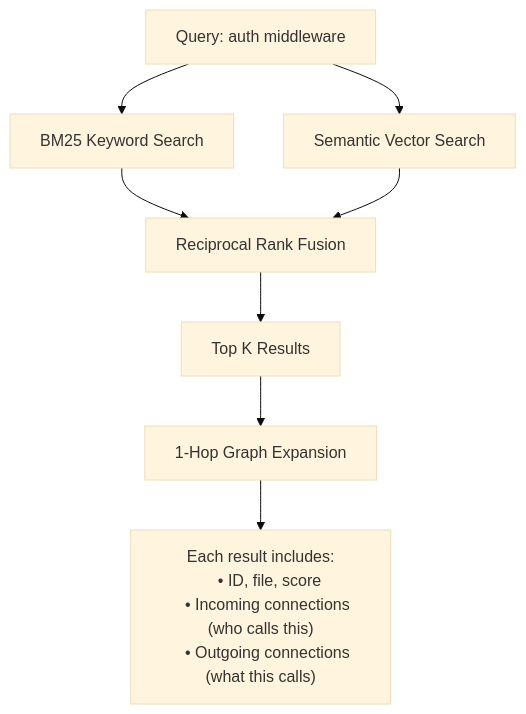
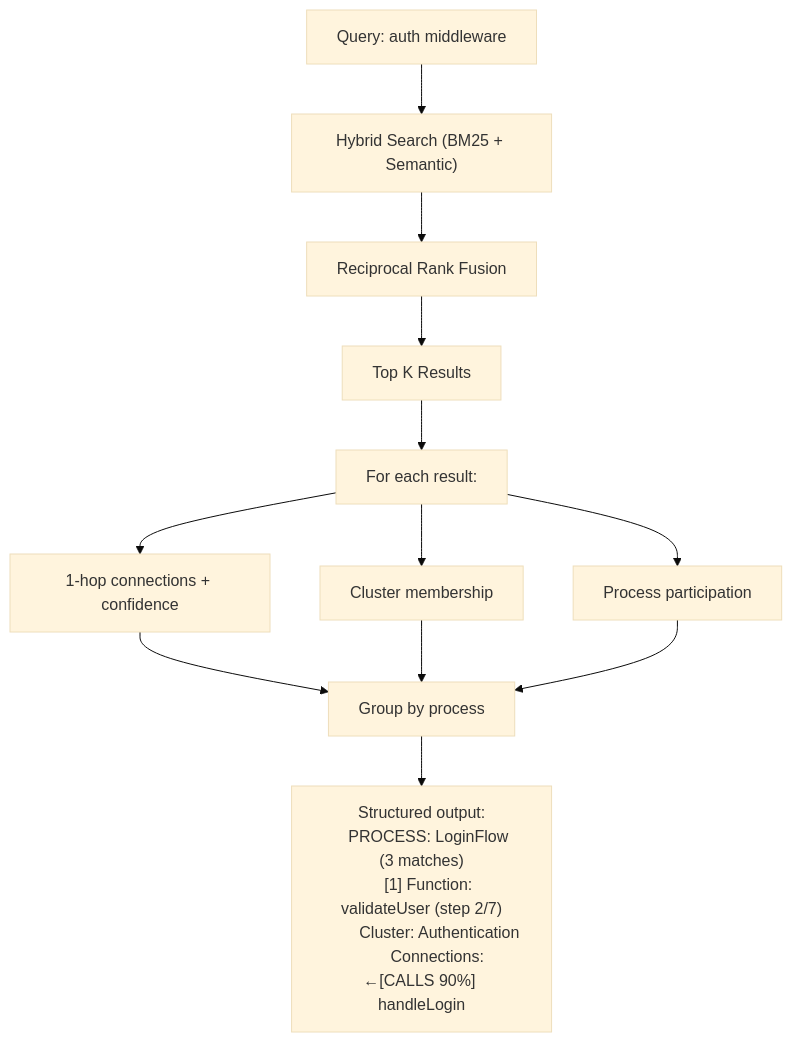
One commit to OliverNyx/NexusAI changed the seventh of 7 diagrams in README.md. Above: the diagram before and after it, drawn with Mermaid (base theme). The commit also changed other lines of this file and 3 other files, not shown here.

````diff
--- a/README.md
+++ b/README.md
@@ -212,16 +303,18 @@
 ```mermaid
 flowchart TD
-    Q[Query: auth middleware] --> BM25[BM25 Keyword Search]
-    Q --> SEM[Semantic Vector Search]
+    Q["Query: auth middleware"] --> HYBRID["Hybrid Search (BM25 + Semantic)"]
+    HYBRID --> RRF["Reciprocal Rank Fusion"]
+    RRF --> TOP["Top K Results"]
     
-    BM25 --> RRF[Reciprocal Rank Fusion]
-    SEM --> RRF
+    TOP --> ENRICH["For each result:"]
+    ENRICH --> HOP["1-hop connections + confidence"]
+    ENRICH --> CLUSTER["Cluster membership"]
+    ENRICH --> PROC["Process participation"]
     
-    RRF --> TOP[Top K Results]
-    TOP --> HOP[1-Hop Graph Expansion]
-    
-    HOP --> OUT["Each result includes:
-    • ID, file, score
-    • Incoming connections (who calls this)
-    • Outgoing connections (what this calls)"]
+    HOP & CLUSTER & PROC --> GROUP["Group by process"]
+    GROUP --> OUT["Structured output:
+    PROCESS: LoginFlow (3 matches)
+    [1] Function: validateUser (step 2/7)
+        Cluster: Authentication
+        Connections: ←[CALLS 90%] handleLogin"]
 ```
````
